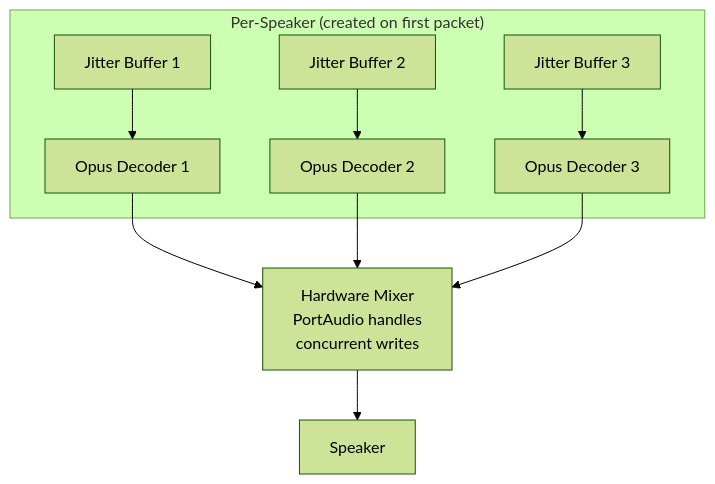
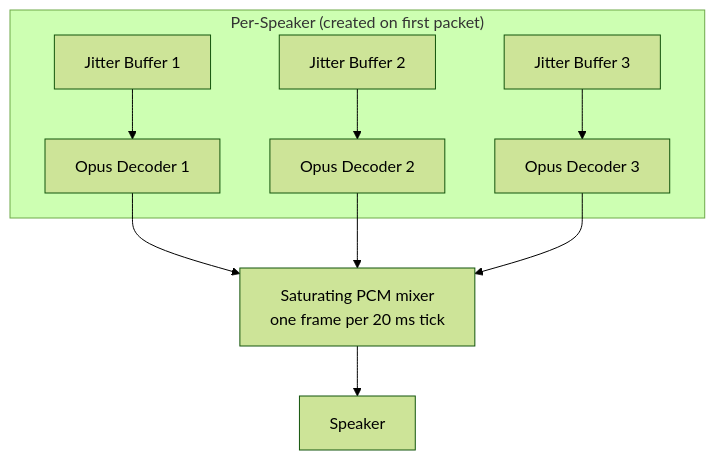
One commit to NicolasHaas/gospeak changed the sixth of 6 diagrams in docs/audio.md. Above: the diagram before and after it, drawn with Mermaid (forest theme). The commit also changed other lines of this file and 3 other files, not shown here.

Commit message:
fix: mix concurrent voice streams at playout

````diff
--- a/docs/audio.md
+++ b/docs/audio.md
@@ -201,13 +201,13 @@
 ```mermaid
 graph TB
     subgraph "Per-Speaker (created on first packet)"
         JB1[Jitter Buffer 1] --> D1[Opus Decoder 1]
         JB2[Jitter Buffer 2] --> D2[Opus Decoder 2]
         JB3[Jitter Buffer 3] --> D3[Opus Decoder 3]
     end
 
-    D1 --> MIX[Hardware Mixer<br/>PortAudio handles<br/>concurrent writes]
+    D1 --> MIX[Saturating PCM mixer<br/>one frame per 20 ms tick]
     D2 --> MIX
     D3 --> MIX
     MIX --> SPK[Speaker]
 ```
````
